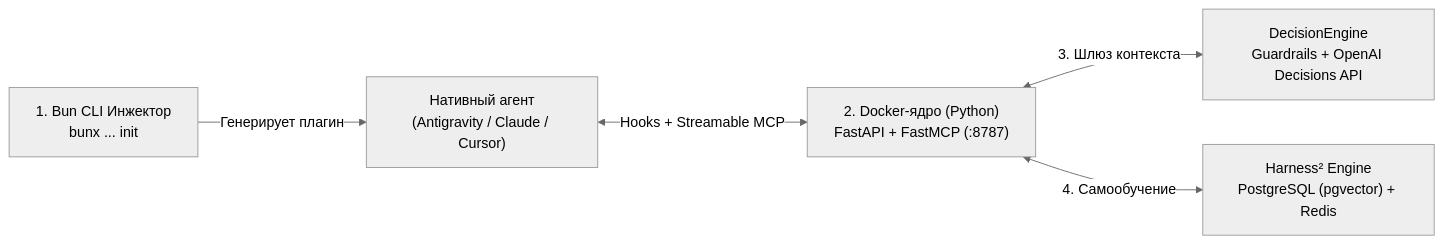
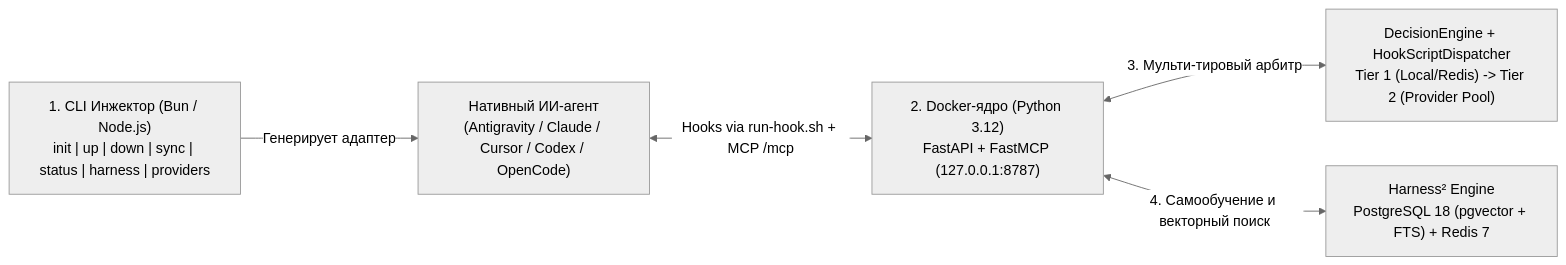
One commit to Shpakowski/shpakich-agent changed the diagram in README.md. Above: the diagram before and after it, drawn with Mermaid (neutral theme). The commit also changed other lines of this file and 3 other files, not shown here.

Commit message:
docs(spec,context): add TASK_SPEC v0.2 and update README and context graph

````diff
--- a/README.md
+++ b/README.md
@@ -27,7 +30,7 @@
 ```mermaid
 flowchart LR
-    CLI["1. Bun CLI Инжектор\nbunx ... init"] -->|Генерирует плагин| Agent["Нативный агент\n(Antigravity / Claude / Cursor)"]
-    Agent <-->|Hooks + Streamable MCP| Core["2. Docker-ядро (Python)\nFastAPI + FastMCP (:8787)"]
-    Core <-->|3. Шлюз контекста| Decision["DecisionEngine\nGuardrails + OpenAI Decisions API"]
-    Core <-->|4. Самообучение| Harness["Harness² Engine\nPostgreSQL (pgvector) + Redis"]
+    CLI["1. CLI Инжектор (Bun / Node.js)\ninit | up | down | sync | status | harness | providers"] -->|Генерирует адаптер| Agent["Нативный ИИ-агент\n(Antigravity / Claude / Cursor / Codex / OpenCode)"]
+    Agent <-->|Hooks via run-hook.sh + MCP /mcp| Core["2. Docker-ядро (Python 3.12)\nFastAPI + FastMCP (127.0.0.1:8787)"]
+    Core <-->|3. Мульти-тировый арбитр| Decision["DecisionEngine + HookScriptDispatcher\nTier 1 (Local/Redis) -> Tier 2 (Provider Pool)"]
+    Core <-->|4. Самообучение и векторный поиск| Harness["Harness² Engine\nPostgreSQL 18 (pgvector + FTS) + Redis 7"]
 ```
````
